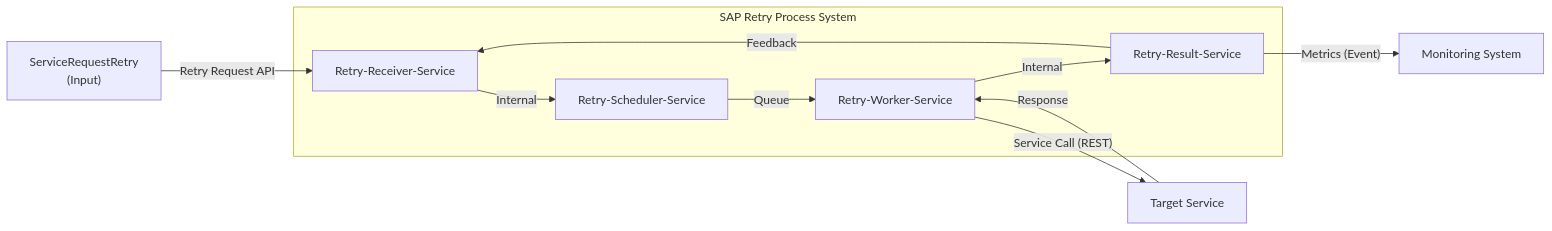
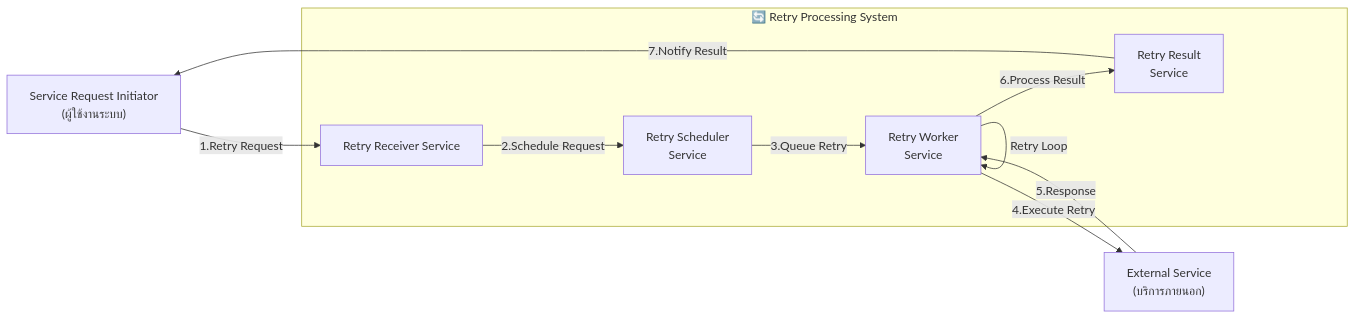
One commit to chittawan/ai-architecture changed the diagram in architect-sap-retry/02_retryProcessSystemContext.md. Above: the diagram before and after it, drawn with Mermaid. The commit also changed other lines of this file and 15 other files, not shown here.

````diff
--- a/architect-sap-retry/02_retryProcessSystemContext.md
+++ b/architect-sap-retry/02_retryProcessSystemContext.md
@@ -8,34 +8,26 @@
 ```mermaid
 flowchart LR
-    %% External Input Actor
-    SERVICE_REQUEST["ServiceRequestRetry<br/>(Input)"]
+    %% External Actors
+    REQ["Service Request Initiator<br/>(ผู้ใช้งานระบบ)"]
+    EXT["External Service<br/>(บริการภายนอก)"]
     
-    %% System Boundary with Internal Services
-    subgraph RETRY_SYSTEM ["SAP Retry Process System"]
-        RECEIVER["Retry-Receiver-Service"] 
-        SCHEDULER["Retry-Scheduler-Service"]
-        WORKER["Retry-Worker-Service"] 
-        RESULT["Retry-Result-Service"] 
-        
-        %% Internal flows
-        RECEIVER -->|"Internal"| SCHEDULER
-        SCHEDULER -->|"Queue"| WORKER
-        WORKER -->|"Internal"| RESULT
-        RESULT -->|"Feedback"| RECEIVER
+    %% System Boundary
+    subgraph RETRY_SYSTEM["🔄 Retry Processing System"]
+        REC["Retry Receiver Service"]
+        SCH["Retry Scheduler<br/>Service"] 
+        WRK["Retry Worker<br/>Service"]
+        RES["Retry Result<br/>Service"]
     end
     
-    %% External Systems
-    TARGET_SERVICE["Target Service"]
-    MONITORING["Monitoring System"]
+    %% Data Flows
+    REQ -->|1.Retry Request| REC
+    REC -->|2.Schedule Request| SCH
+    SCH -->|3.Queue Retry| WRK
+    WRK -->|4.Execute Retry| EXT
+    EXT -->|5.Response| WRK
+    WRK -->|6.Process Result| RES
+    RES -->|7.Notify Result| REQ
     
-    %% External Data Flows
-    SERVICE_REQUEST -->|"Retry Request API"| RECEIVER
-    WORKER -->|"Service Call (REST)"| TARGET_SERVICE
-    TARGET_SERVICE -->|"Response"| WORKER
-    RESULT -->|"Metrics (Event)"| MONITORING
-    
-    %% Legend
-    %% Arrows = Data Exchange (API, Queue, Event, Internal)
-    %% External Entity = User / External System
-    %% Service = Internal Component
+    %% Feedback Loop
+    WRK -->|Retry Loop| WRK
 ```
````
